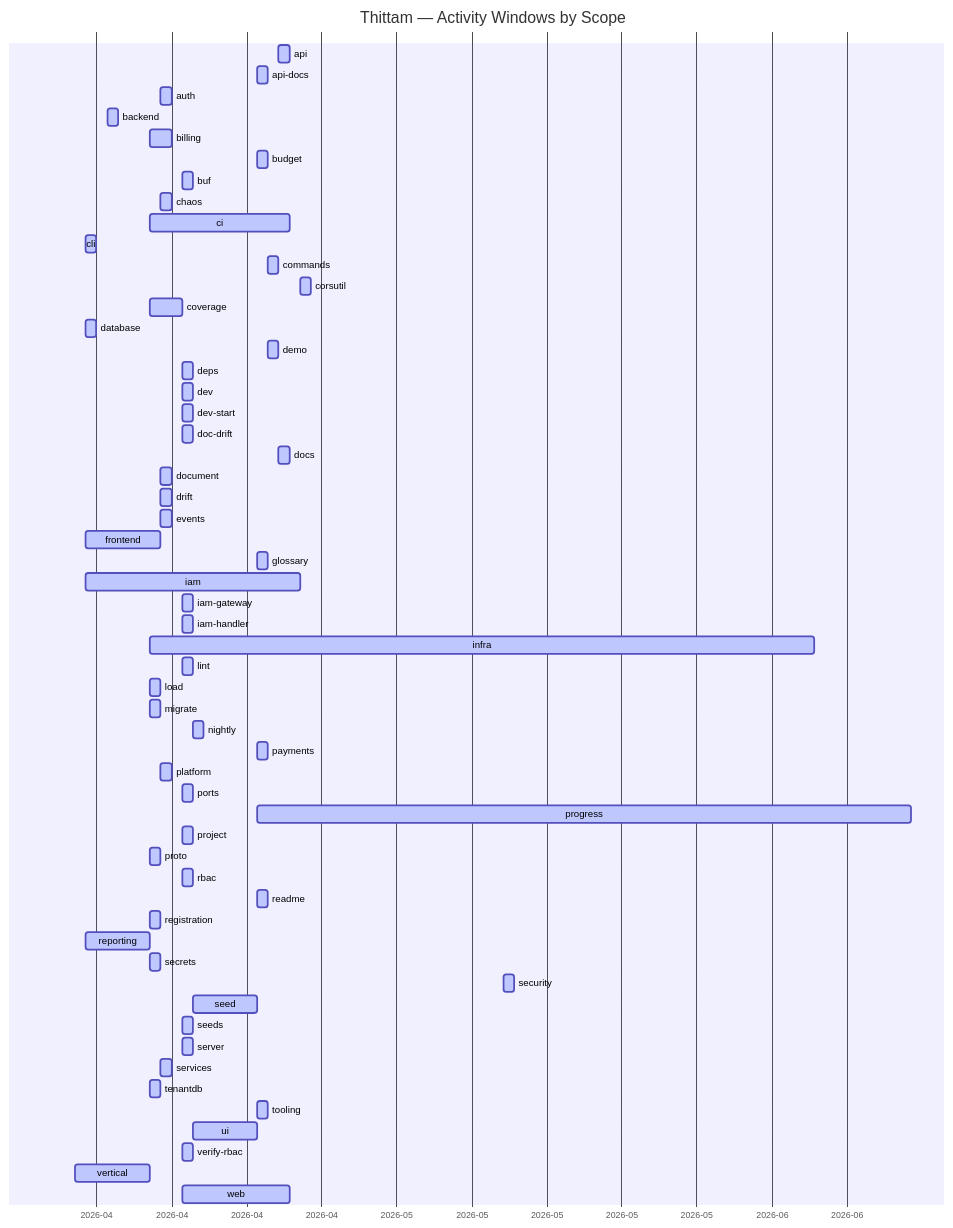
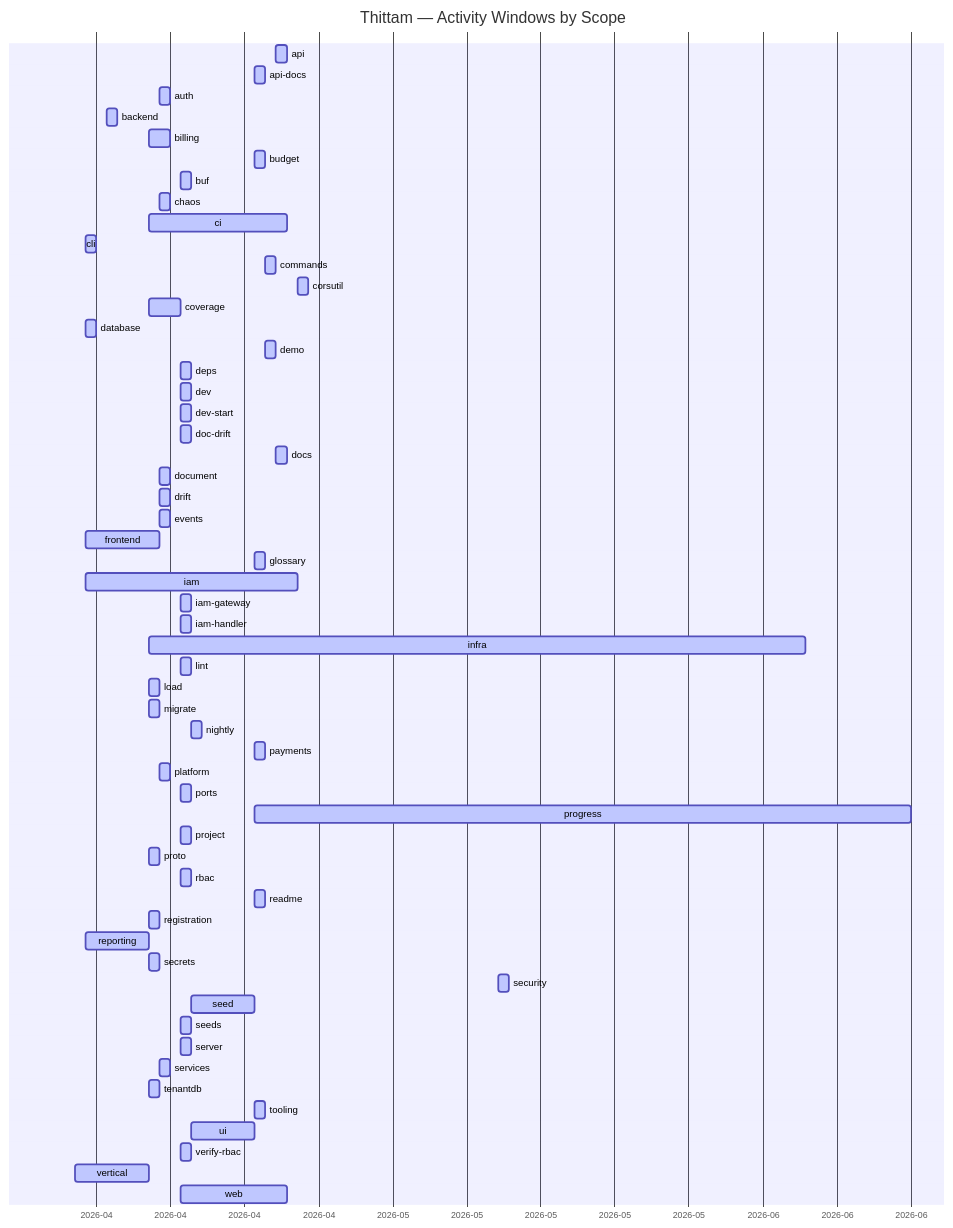
One commit to wegofwd2020-hub/thittam changed the diagram in docs/PROGRESS.md. Above: the diagram before and after it, drawn with Mermaid. The commit also changed other lines of this file and 1 other file, not shown here.

Commit message:
chore(progress): nightly update of docs/PROGRESS.md + CSVs

````diff
--- a/docs/PROGRESS.md
+++ b/docs/PROGRESS.md
@@ -9,61 +9,61 @@
 ```mermaid
 gantt
     title Thittam — Activity Windows by Scope
     dateFormat YYYY-MM-DD
     axisFormat %Y-%m
     api                :active, s_api, 2026-04-22, 2026-04-23
     api-docs           :active, s_api_docs, 2026-04-20, 2026-04-21
     auth               :active, s_auth, 2026-04-11, 2026-04-12
     backend            :active, s_backend, 2026-04-06, 2026-04-07
     billing            :active, s_billing, 2026-04-10, 2026-04-12
     budget             :active, s_budget, 2026-04-20, 2026-04-21
     buf                :active, s_buf, 2026-04-13, 2026-04-14
     chaos              :active, s_chaos, 2026-04-11, 2026-04-12
     ci                 :active, s_ci, 2026-04-10, 2026-04-23
     cli                :active, s_cli, 2026-04-04, 2026-04-05
     commands           :active, s_commands, 2026-04-21, 2026-04-22
     corsutil           :active, s_corsutil, 2026-04-24, 2026-04-25
     coverage           :active, s_coverage, 2026-04-10, 2026-04-13
     database           :active, s_database, 2026-04-04, 2026-04-05
     demo               :active, s_demo, 2026-04-21, 2026-04-22
     deps               :active, s_deps, 2026-04-13, 2026-04-14
     dev                :active, s_dev, 2026-04-13, 2026-04-14
     dev-start          :active, s_dev_start, 2026-04-13, 2026-04-14
     doc-drift          :active, s_doc_drift, 2026-04-13, 2026-04-14
     docs               :active, s_docs, 2026-04-22, 2026-04-23
     document           :active, s_document, 2026-04-11, 2026-04-12
     drift              :active, s_drift, 2026-04-11, 2026-04-12
     events             :active, s_events, 2026-04-11, 2026-04-12
     frontend           :active, s_frontend, 2026-04-04, 2026-04-11
     glossary           :active, s_glossary, 2026-04-20, 2026-04-21
     iam                :active, s_iam, 2026-04-04, 2026-04-24
     iam-gateway        :active, s_iam_gateway, 2026-04-13, 2026-04-14
     iam-handler        :active, s_iam_handler, 2026-04-13, 2026-04-14
     infra              :active, s_infra, 2026-04-10, 2026-06-11
     lint               :active, s_lint, 2026-04-13, 2026-04-14
     load               :active, s_load, 2026-04-10, 2026-04-11
     migrate            :active, s_migrate, 2026-04-10, 2026-04-11
     nightly            :active, s_nightly, 2026-04-14, 2026-04-15
     payments           :active, s_payments, 2026-04-20, 2026-04-21
     platform           :active, s_platform, 2026-04-11, 2026-04-12
     ports              :active, s_ports, 2026-04-13, 2026-04-14
-    progress           :active, s_progress, 2026-04-20, 2026-06-20
+    progress           :active, s_progress, 2026-04-20, 2026-06-21
     project            :active, s_project, 2026-04-13, 2026-04-14
     proto              :active, s_proto, 2026-04-10, 2026-04-11
     rbac               :active, s_rbac, 2026-04-13, 2026-04-14
     readme             :active, s_readme, 2026-04-20, 2026-04-21
     registration       :active, s_registration, 2026-04-10, 2026-04-11
     reporting          :active, s_reporting, 2026-04-04, 2026-04-10
     secrets            :active, s_secrets, 2026-04-10, 2026-04-11
     security           :active, s_security, 2026-05-13, 2026-05-14
     seed               :active, s_seed, 2026-04-14, 2026-04-20
     seeds              :active, s_seeds, 2026-04-13, 2026-04-14
     server             :active, s_server, 2026-04-13, 2026-04-14
     services           :active, s_services, 2026-04-11, 2026-04-12
     tenantdb           :active, s_tenantdb, 2026-04-10, 2026-04-11
     tooling            :active, s_tooling, 2026-04-20, 2026-04-21
     ui                 :active, s_ui, 2026-04-14, 2026-04-20
     verify-rbac        :active, s_verify_rbac, 2026-04-13, 2026-04-14
     vertical           :active, s_vertical, 2026-04-03, 2026-04-10
     web                :active, s_web, 2026-04-13, 2026-04-23
 ```
````
